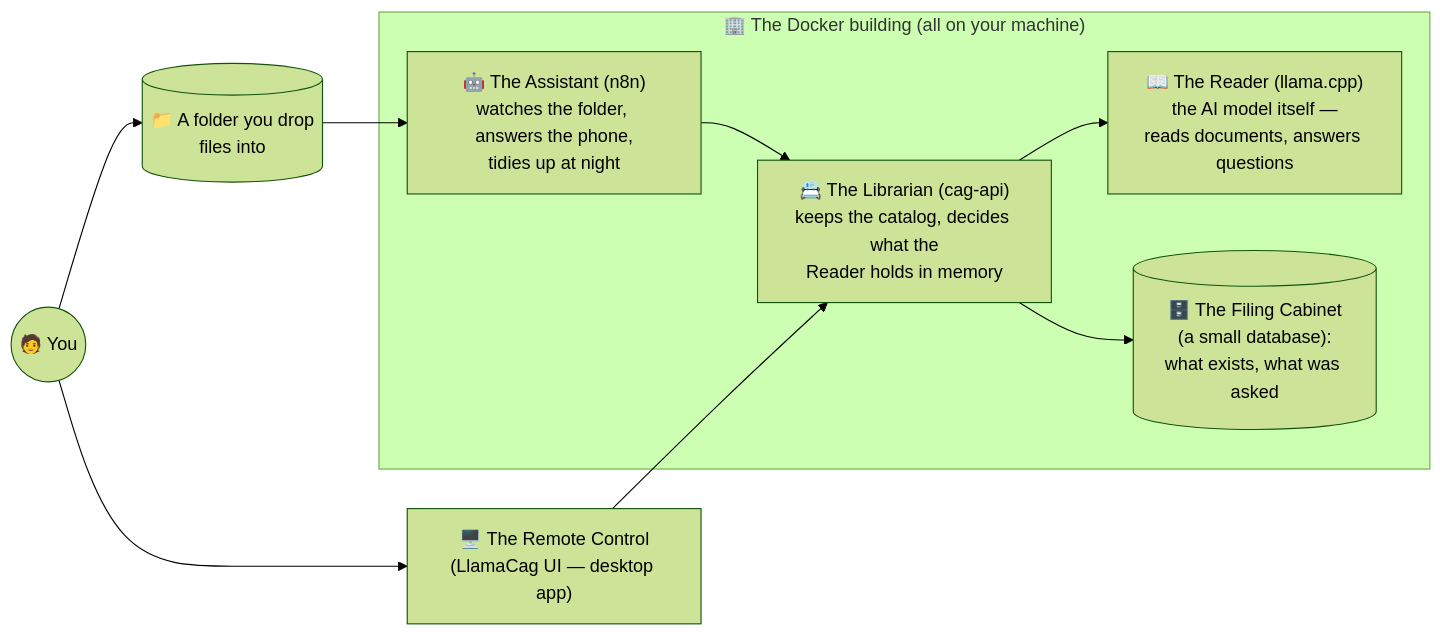
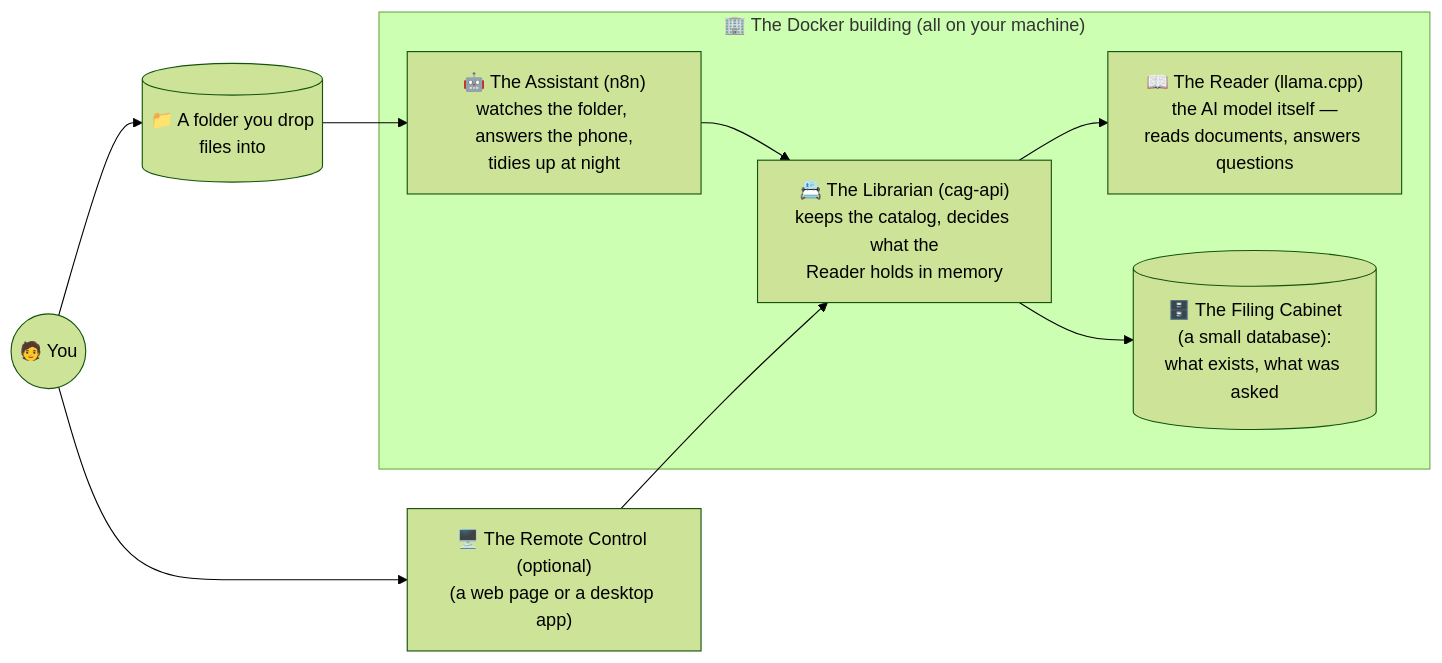
The diagram in docs/EXPLAINER.md (VictorSteinbock/llama-cag-n8n-reworked), drawn with Mermaid (forest theme) before and after one commit. The commit also changed other lines of this file and 1 other file, not shown here.

First line of the commit message:
docs: plain-words use-cases + clarify the two optional UIs (web vs desktop)

````diff
--- a/docs/EXPLAINER.md
+++ b/docs/EXPLAINER.md
@@ -39,14 +40,14 @@
 ```mermaid
 flowchart LR
-    YOU(("🧑 You")) --> UI["🖥️ The Remote Control<br/>(LlamaCag UI — desktop app)"]
+    YOU(("🧑 You")) --> UI["🖥️ The Remote Control (optional)<br/>(a web page or a desktop app)"]
     YOU --> DROP[("📁 A folder you drop<br/>files into")]
     subgraph docker["🏢 The Docker building (all on your machine)"]
         N8N["🤖 The Assistant (n8n)<br/>watches the folder, answers the phone,<br/>tidies up at night"]
         API["📇 The Librarian (cag-api)<br/>keeps the catalog, decides what the<br/>Reader holds in memory"]
         LLAMA["📖 The Reader (llama.cpp)<br/>the AI model itself —<br/>reads documents, answers questions"]
         DB[("🗄️ The Filing Cabinet<br/>(a small database):<br/>what exists, what was asked")]
     end
     DROP --> N8N --> API --> LLAMA
     API --> DB
     UI --> API
 ```
````
